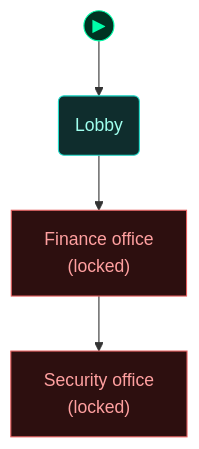
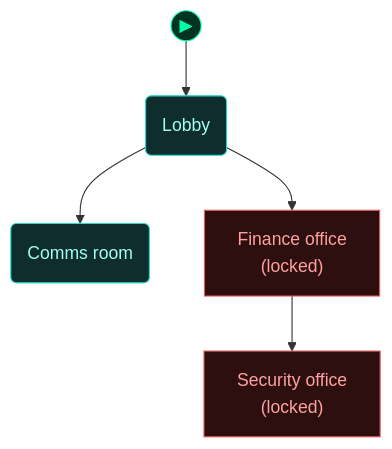
Before and after one commit to cliffe/BreakEscape: the fourth of 5 diagrams in scenarios/test_ops_logs/dungeon_graph.md, drawn with Mermaid. The commit also changed other lines of this file and 10 other files, not shown here.

````diff
--- a/scenarios/test_ops_logs/dungeon_graph.md
+++ b/scenarios/test_ops_logs/dungeon_graph.md
@@ -212,32 +262,34 @@
 ```mermaid
 flowchart TD
 
   classDef room      fill:#0f2d2d,stroke:#22ddcc,color:#a0ffee
   classDef lock      fill:#2d0f0f,stroke:#e66060,color:#ffa0a0
   classDef key       fill:#2d0812,stroke:#e66060,color:#ffa0a0
   classDef item      fill:#2d1200,stroke:#e89030,color:#ffcc80
   classDef gate      fill:#111,stroke:#666,color:#eee
   classDef vm        fill:#0c1f40,stroke:#4a90d9,color:#a0c8ff
   classDef flag      fill:#1a0c2d,stroke:#9060d0,color:#cc99ff
   classDef action    fill:#1a1200,stroke:#cc9922,color:#ffee88
   classDef aim       fill:#0d2a0d,stroke:#44cc44,color:#88ff88
   classDef aim_gate  fill:#111111,stroke:#44cc44,color:#44cc44
   classDef container fill:#1a2d1a,stroke:#60b060,color:#a0e0a0
   classDef npc       fill:#2d1f0d,stroke:#d0a050,color:#ffe0a0
   classDef critical  fill:#2a1500,stroke:#ffaa00,color:#ffdd88
   classDef start     fill:#003322,stroke:#00ffaa,color:#00ffaa
 
   node_start(("▶"))
   node_start --> lobby
 
   lobby("Lobby")
+  comms_room("Comms room")
   office["Finance office<br/>(locked)"]
   security["Security office<br/>(locked)"]
 
   lobby --> office
+  lobby --> comms_room
   office --> security
 
-  class lobby room
+  class lobby,comms_room room
   class office,security lock
   class node_start start
 ```
````
